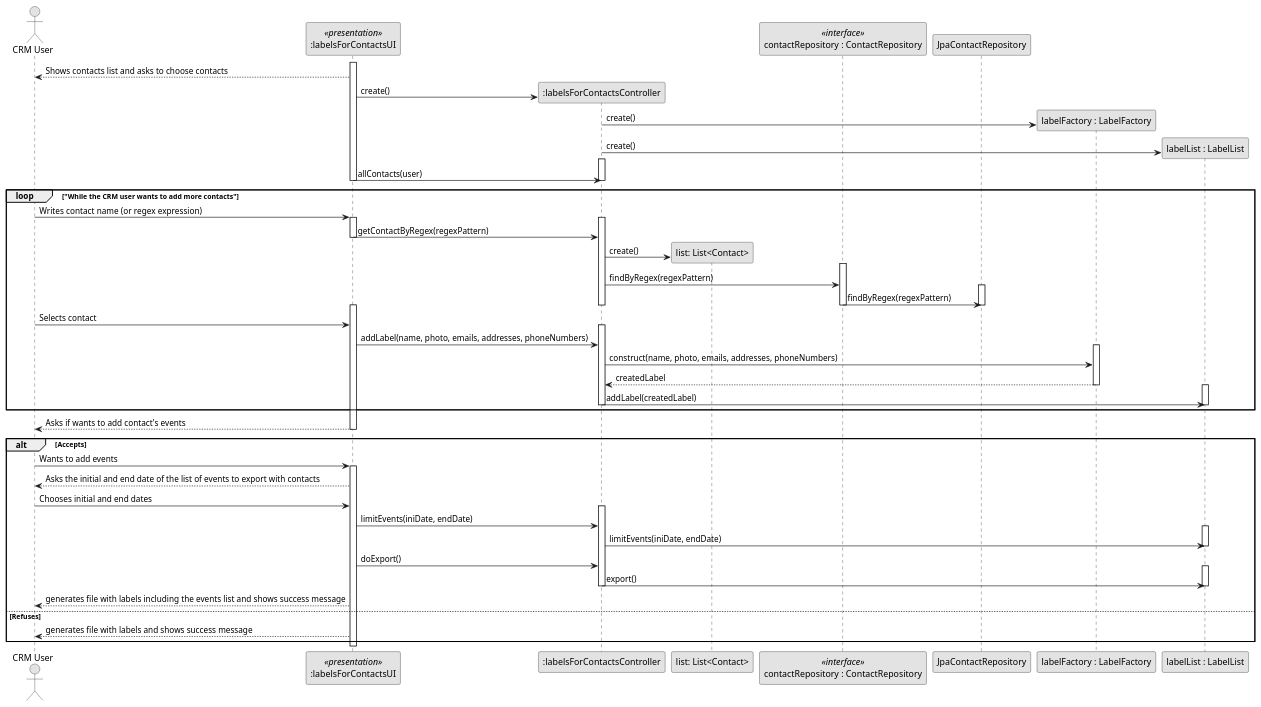
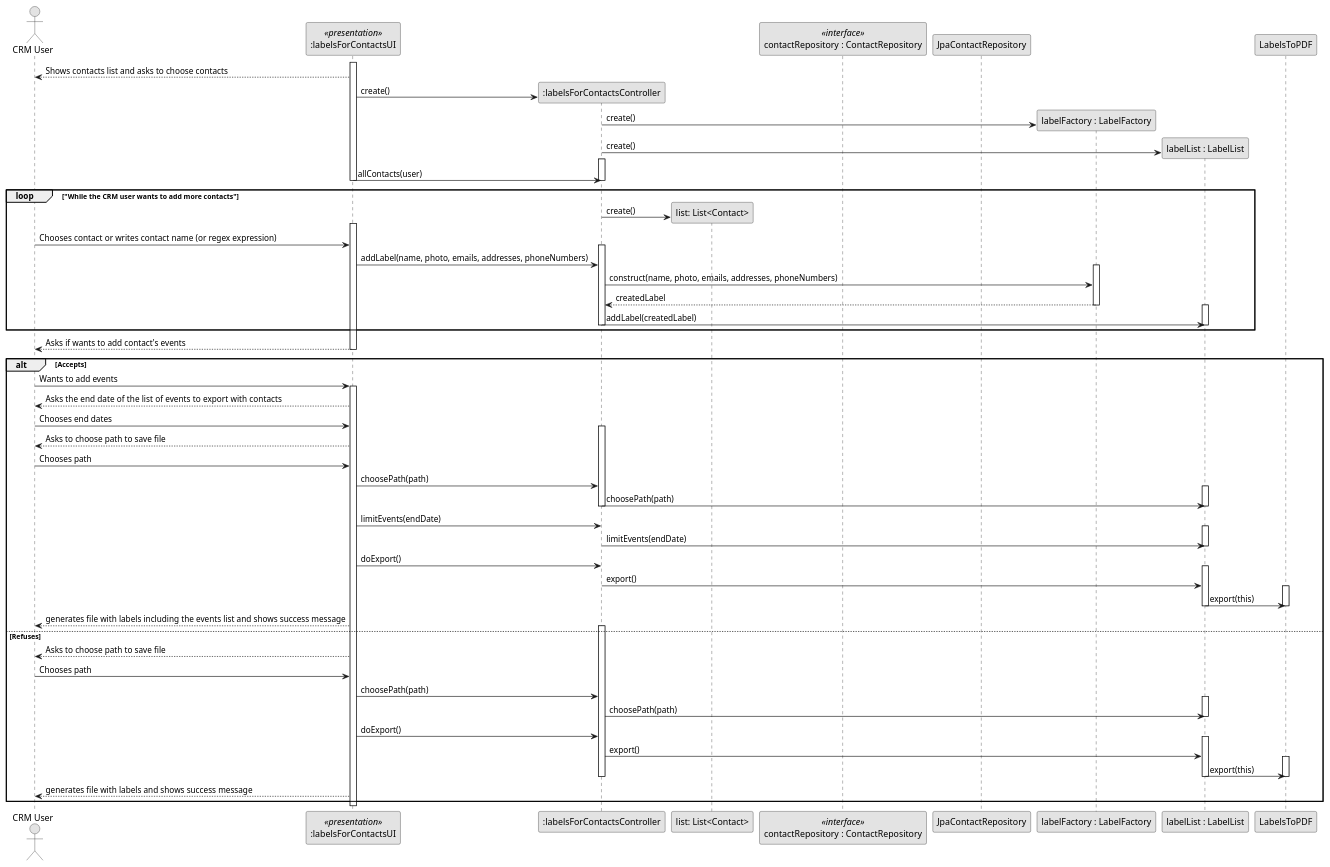
One commit to MikeTekOn/lapr4-2017-2dd changed the diagram in src/main/java/lapr4/red/s1/core/n1150623/labelsForContacts/sd_uc_labels_for_contacts.puml. Above: the diagram before and after it, drawn with PlantUML.

Commit message:
sd_uc_labels_for_contacts.puml edited online with Bitbucket

```diff
--- a/src/main/java/lapr4/red/s1/core/n1150623/labelsForContacts/sd_uc_labels_for_contacts.puml
+++ b/src/main/java/lapr4/red/s1/core/n1150623/labelsForContacts/sd_uc_labels_for_contacts.puml
@@ -1,110 +1,129 @@
 @startuml
 
 skinparam monochrome true
 skinparam packageStyle rect
 skinparam defaultFontName FG Virgil
 skinparam shadowing false
 
 actor "CRM User" as Actor
 participant ":labelsForContactsUI" as UI <<presentation>>
 participant ":labelsForContactsController" as ctrl
 participant "list: List<Contact>" as list
 participant "contactRepository : ContactRepository" as crep <<interface>>
 participant "JpaContactRepository" as jpacrep
 participant "labelFactory : LabelFactory" as lfac
 participant "labelList : LabelList" as llist
+participant LabelsToPDF as l2pdf
 
 
 activate UI
 
     UI --> Actor : Shows contacts list and asks to choose contacts
     create ctrl
     UI -> ctrl: create()
 
     create lfac
     ctrl -> lfac : create()
 
 
     create llist
     ctrl -> llist : create()
 
     activate ctrl
 
     UI ->ctrl : allContacts(user)
     deactivate ctrl
 
     deactivate UI
     loop "While the CRM user wants to add more contacts"
 
-        UI <- Actor : Writes contact name (or regex expression)
-    activate UI
 
-           activate ctrl
-                UI -> ctrl : getContactByRegex(regexPattern)
 
     deactivate UI
                 create list
                 ctrl -> list : create()
-                activate crep
-                    ctrl -> crep : findByRegex(regexPattern)
-                    activate jpacrep
-                            crep -> jpacrep : findByRegex(regexPattern)
-                    deactivate jpacrep
 
-                deactivate crep
-
-            deactivate ctrl
     activate UI
-        UI <- Actor : Selects contact
+         UI <- Actor : Chooses contact or writes contact name (or regex expression)
 
             activate ctrl
                 UI -> ctrl : addLabel(name, photo, emails, addresses, phoneNumbers)
 
                 activate lfac
                     ctrl -> lfac : construct(name, photo, emails, addresses, phoneNumbers)
                     lfac --> ctrl : createdLabel
                 deactivate lfac
                 activate llist
                     ctrl -> llist : addLabel(createdLabel)
                 deactivate llist
             deactivate ctrl
 
     end loop
 
 
-
     UI --> Actor : Asks if wants to add contact's events
     deactivate UI
 
     alt Accepts
         Actor -> UI : Wants to add events
         activate UI
-        UI --> Actor : Asks the initial and end date of the list of events to export with contacts
+        UI --> Actor : Asks the  end date of the list of events to export with contacts
 
-        UI <- Actor : Chooses initial and end dates
+        UI <- Actor : Chooses end dates
 
         activate ctrl
-                UI -> ctrl : limitEvents(iniDate, endDate)
+                UI --> Actor : Asks to choose path to save file
+                Actor -> UI : Chooses path
+                UI -> ctrl : choosePath(path)
                 activate llist
-                ctrl -> llist : limitEvents(iniDate, endDate)
+                ctrl -> llist : choosePath(path)
+                deactivate llist
+        deactivate ctrl
+
+
+                UI -> ctrl : limitEvents(endDate)
+                activate llist
+                ctrl -> llist : limitEvents(endDate)
                 deactivate llist
 
                 UI -> ctrl : doExport()
 
 
                 activate llist
                     ctrl -> llist : export()
+                      activate l2pdf
+                          llist -> l2pdf : export(this)
+                      deactivate l2pdf
                 deactivate llist
 
         deactivate ctrl
 
         UI --> Actor : generates file with labels including the events list and shows success message
 
     else Refuses
+                activate ctrl
+                        UI --> Actor : Asks to choose path to save file
+                        Actor -> UI : Chooses path
+                        UI -> ctrl : choosePath(path)
+                        activate llist
+                        ctrl -> llist : choosePath(path)
+                        deactivate llist
+
+                UI -> ctrl : doExport()
+
+
+                activate llist
+                    ctrl -> llist : export()
+                    activate l2pdf
+                        llist -> l2pdf : export(this)
+                    deactivate l2pdf
+                deactivate llist
+
+                deactivate ctrl
 
         UI --> Actor : generates file with labels and shows success message
 
     end alt
 deactivate UI
 
 @enduml
```
